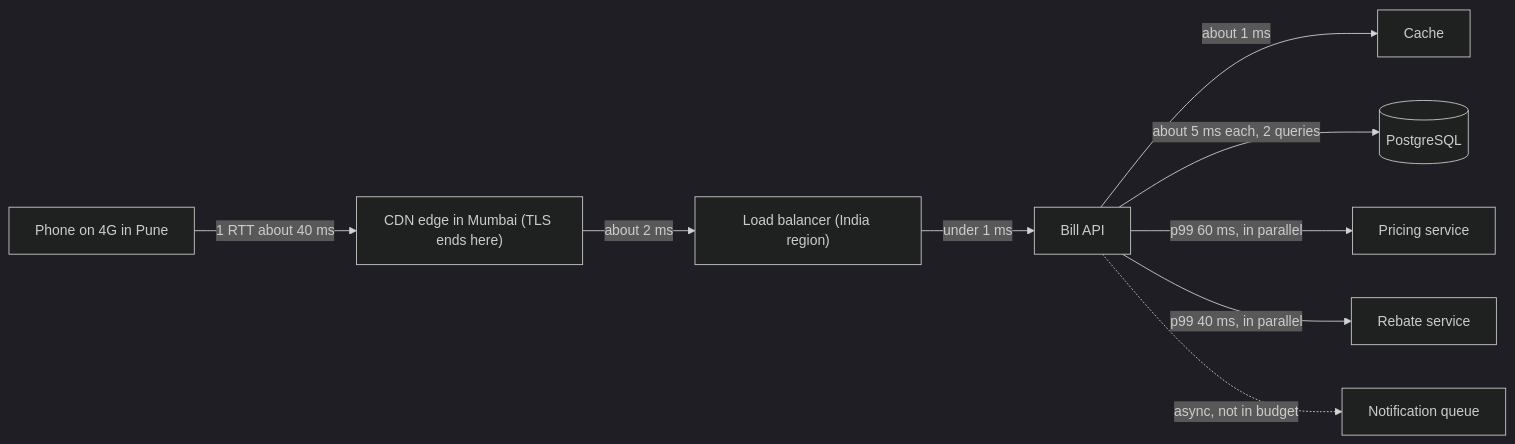
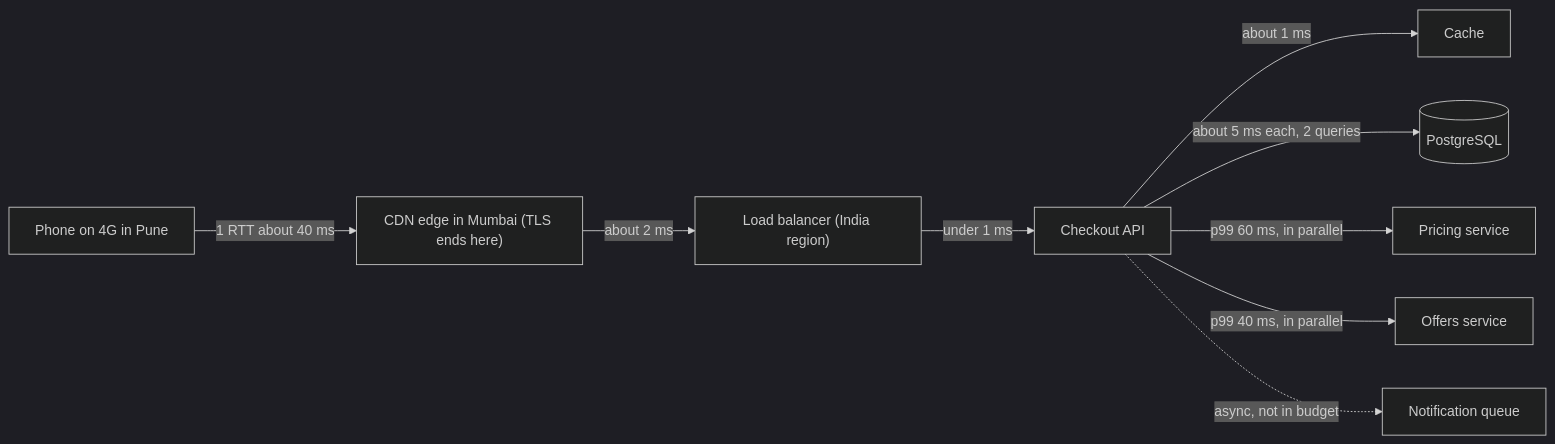
One commit to rizwi0786/system-design-lab changed the first of 2 diagrams in content/lessons/m11/m11-latency-numbers.md. Above: the diagram before and after it, drawn with Mermaid (dark theme). The commit also changed other lines of this file and 334 other files, not shown here.

````diff
--- a/content/lessons/m11/m11-latency-numbers.md
+++ b/content/lessons/m11/m11-latency-numbers.md
@@ -206,11 +206,11 @@
 ```mermaid
 flowchart LR
     U["Phone on 4G in Pune"] -- "1 RTT about 40 ms" --> CDN["CDN edge in Mumbai (TLS ends here)"]
     CDN -- "about 2 ms" --> LB["Load balancer (India region)"]
-    LB -- "under 1 ms" --> API["Bill API"]
+    LB -- "under 1 ms" --> API["Checkout API"]
     API -- "about 1 ms" --> C["Cache"]
     API -- "about 5 ms each, 2 queries" --> DB[("PostgreSQL")]
     API -- "p99 60 ms, in parallel" --> PR["Pricing service"]
-    API -- "p99 40 ms, in parallel" --> RB["Rebate service"]
+    API -- "p99 40 ms, in parallel" --> RB["Offers service"]
     API -. "async, not in budget" .-> N["Notification queue"]
 ```
````
